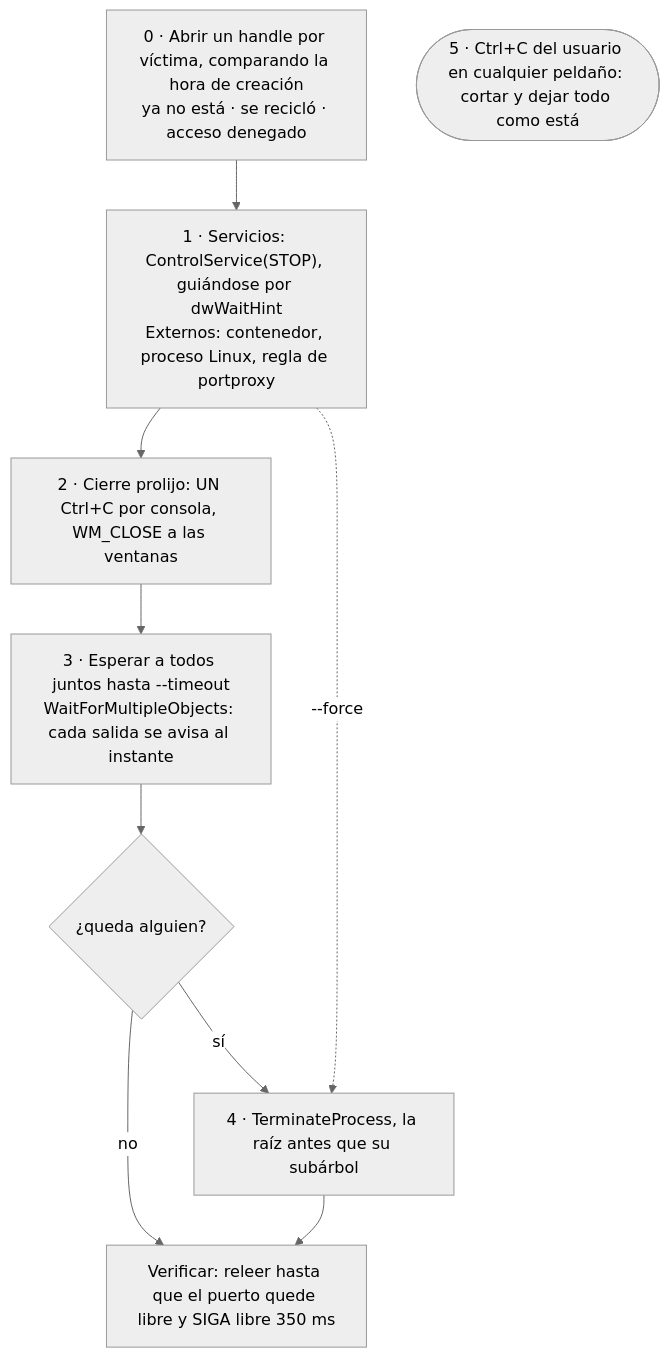
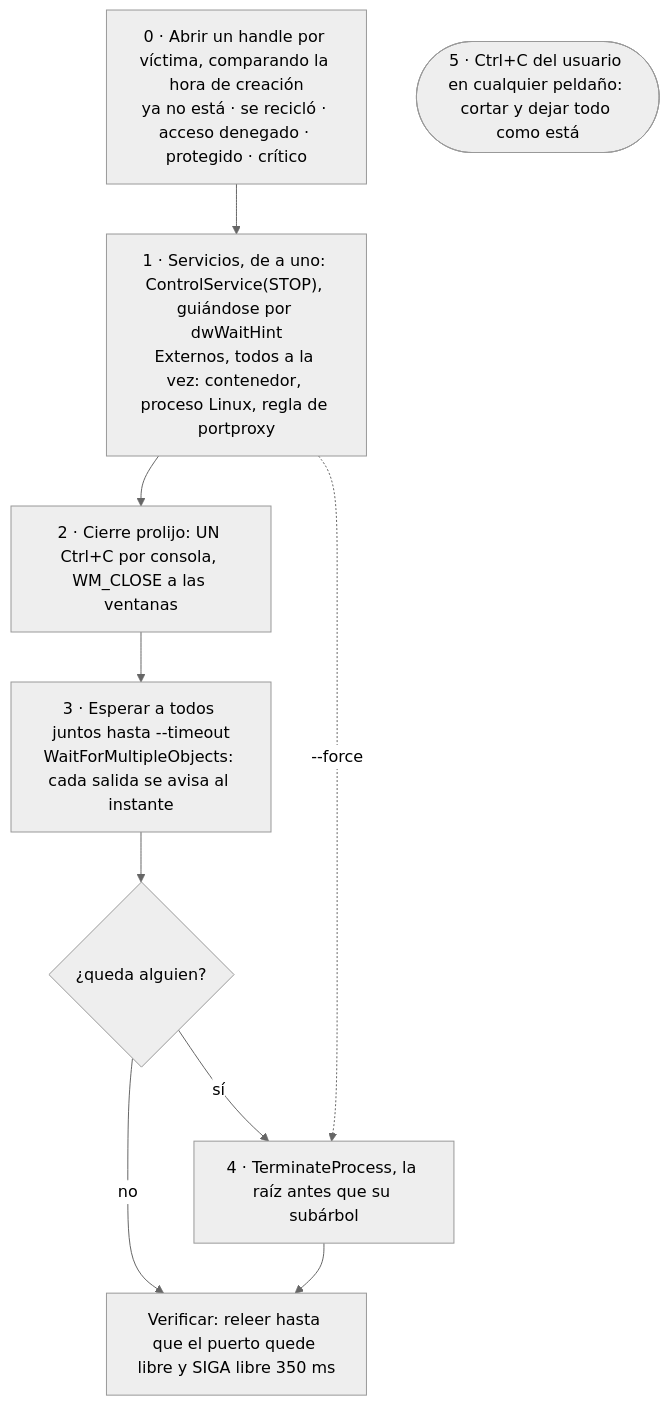
One commit to agustinyarrus/killport changed the third of 6 diagrams in README.md. Above: the diagram before and after it, drawn with Mermaid (neutral theme). The commit also changed other lines of this file and 5 other files, not shown here.

````diff
--- a/README.md
+++ b/README.md
@@ -638,15 +644,15 @@
 ```mermaid
 flowchart TD
-    P0["0 · Abrir un handle por víctima, comparando la hora de creación<br/>ya no está · se recicló · acceso denegado"]
-    P1["1 · Servicios: ControlService(STOP), guiándose por dwWaitHint<br/>Externos: contenedor, proceso Linux, regla de portproxy"]
+    P0["0 · Abrir un handle por víctima, comparando la hora de creación<br/>ya no está · se recicló · acceso denegado · protegido · crítico"]
+    P1["1 · Servicios, de a uno: ControlService(STOP), guiándose por dwWaitHint<br/>Externos, todos a la vez: contenedor, proceso Linux, regla de portproxy"]
     P2["2 · Cierre prolijo: UN Ctrl+C por consola, WM_CLOSE a las ventanas"]
     P3["3 · Esperar a todos juntos hasta --timeout<br/>WaitForMultipleObjects: cada salida se avisa al instante"]
     Q{"¿queda alguien?"}
     P4["4 · TerminateProcess, la raíz antes que su subárbol"]
     V["Verificar: releer hasta que el puerto quede libre y SIGA libre 350 ms"]
     X(["5 · Ctrl+C del usuario en cualquier peldaño: cortar y dejar todo como está"])
     P0 --> P1 --> P2 --> P3 --> Q
     Q -- "no" --> V
     Q -- "sí" --> P4 --> V
     P1 -. "--force" .-> P4
 ```
````
